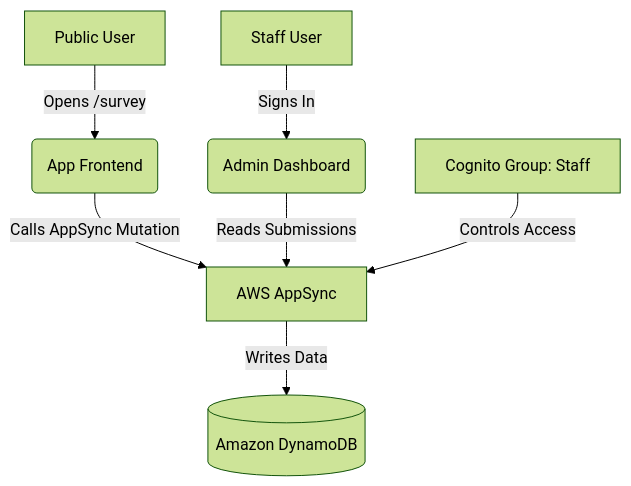
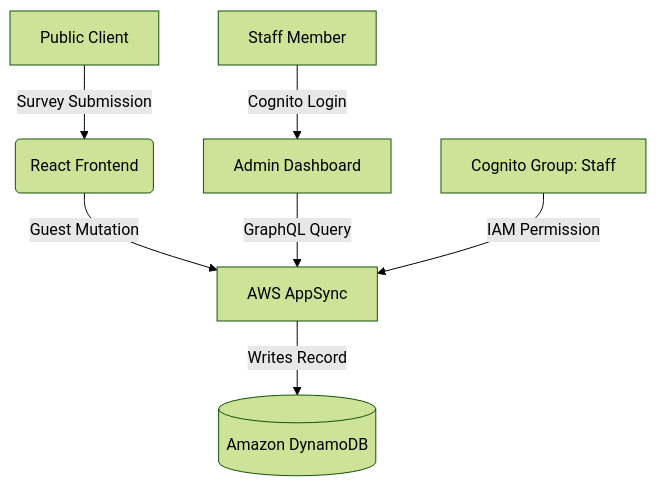
The diagram in README.md (iamMichaelSmith/AWS-Web-App), drawn with Mermaid (forest theme) before and after one commit. The commit also changed other lines of this file and 10 other files, not shown here.

````diff
--- a/README.md
+++ b/README.md
@@ -15,9 +23,9 @@
 ```mermaid
 graph TD
-    A[Public User] -->|Opens /survey| B(App Frontend)
-    B -->|Calls AppSync Mutation| C[AWS AppSync]
-    C -->|Writes Data| D[(Amazon DynamoDB)]
-    E[Staff User] -->|Signs In| F(Admin Dashboard)
-    F -->|Reads Submissions| C
-    G[Cognito Group: Staff] -->|Controls Access| C
+    A[Public Client] -->|Survey Submission| B(React Frontend)
+    B -->|Guest Mutation| C[AWS AppSync]
+    C -->|Writes Record| D[(Amazon DynamoDB)]
+    E[Staff Member] -->|Cognito Login| F[Admin Dashboard]
+    F -->|GraphQL Query| C
+    G[Cognito Group: Staff] -->|IAM Permission| C
 ```
````
